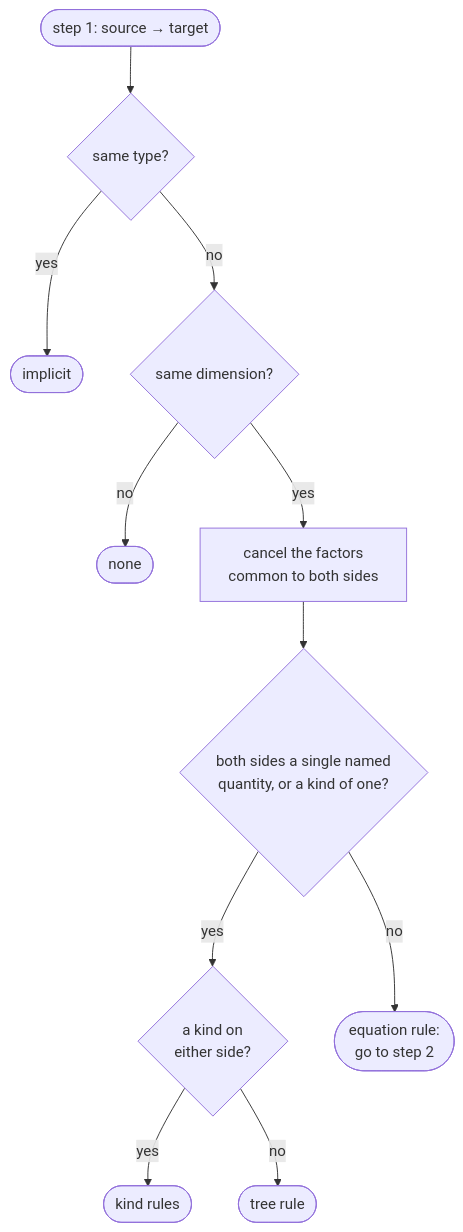
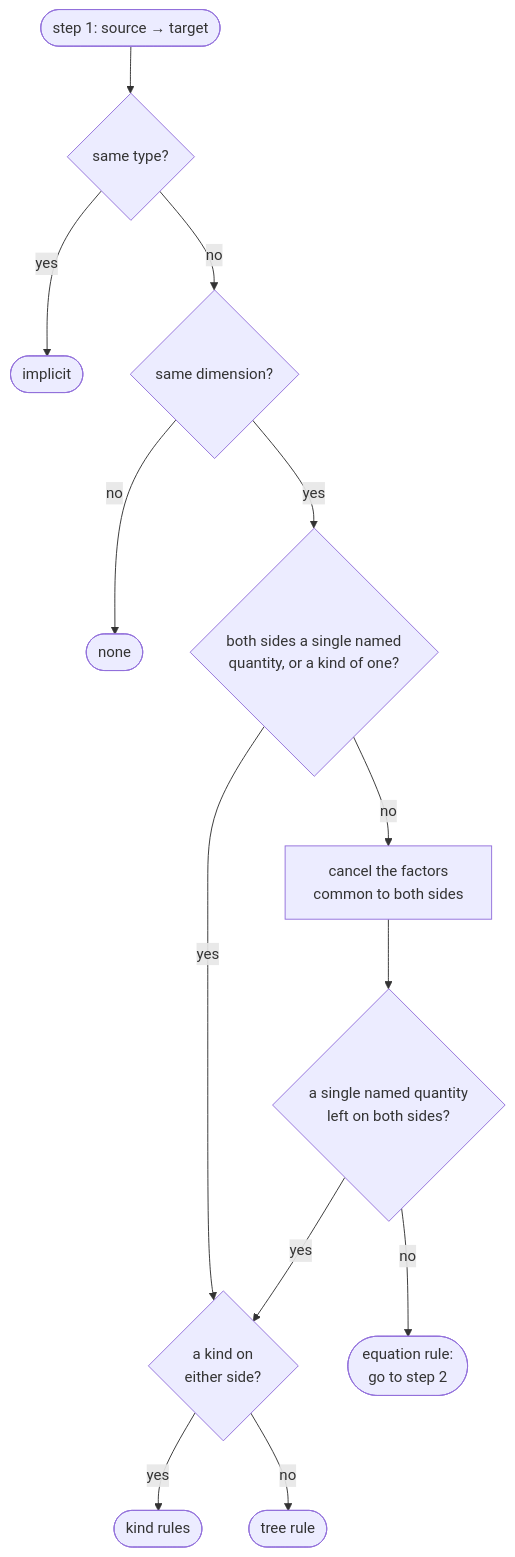
The first of 11 diagrams in docs/users_guide/advanced_topics/quantity_spec_conversions.md (mpusz/mp-units), drawn with Mermaid before and after one commit. The commit also changed other lines of this file, not shown here.

Commit message:
fix(docs): the conversion overview cancels common factors only when a side is derived
Step 1 of the overview cancelled the factors common to both sides before asking whether both are
single named quantities. `dimensionless` is a named quantity with no factors, so that order sent
`isq::angular_measure` to `dimensionless` to the equation rule, while the engine applies the tree
rule. The cancellation now sits on the branch for derived quantities, and a single named quantity
left on each side goes to the kind rules or the tree rule, as in the engine.

````diff
--- a/docs/users_guide/advanced_topics/quantity_spec_conversions.md
+++ b/docs/users_guide/advanced_topics/quantity_spec_conversions.md
@@ -151,13 +153,15 @@
 ```mermaid
 flowchart TD
     start([step 1: source → target]) --> same{same type?}
     same -- yes --> r_yes([implicit])
     same -- no --> dim{same dimension?}
     dim -- no --> r_no([none])
-    dim -- yes --> common[cancel the factors<br>common to both sides]
-    common --> named{both sides a single named<br>quantity, or a kind of one?}
+    dim -- yes --> named{both sides a single named<br>quantity, or a kind of one?}
     named -- yes --> kind{a kind on<br>either side?}
     kind -- yes --> kinds([kind rules])
     kind -- no --> tree([tree rule])
-    named -- no --> eq([equation rule:<br>go to step 2])
+    named -- no --> common[cancel the factors<br>common to both sides]
+    common --> left{a single named quantity<br>left on both sides?}
+    left -- yes --> kind
+    left -- no --> eq([equation rule:<br>go to step 2])
 ```
````
